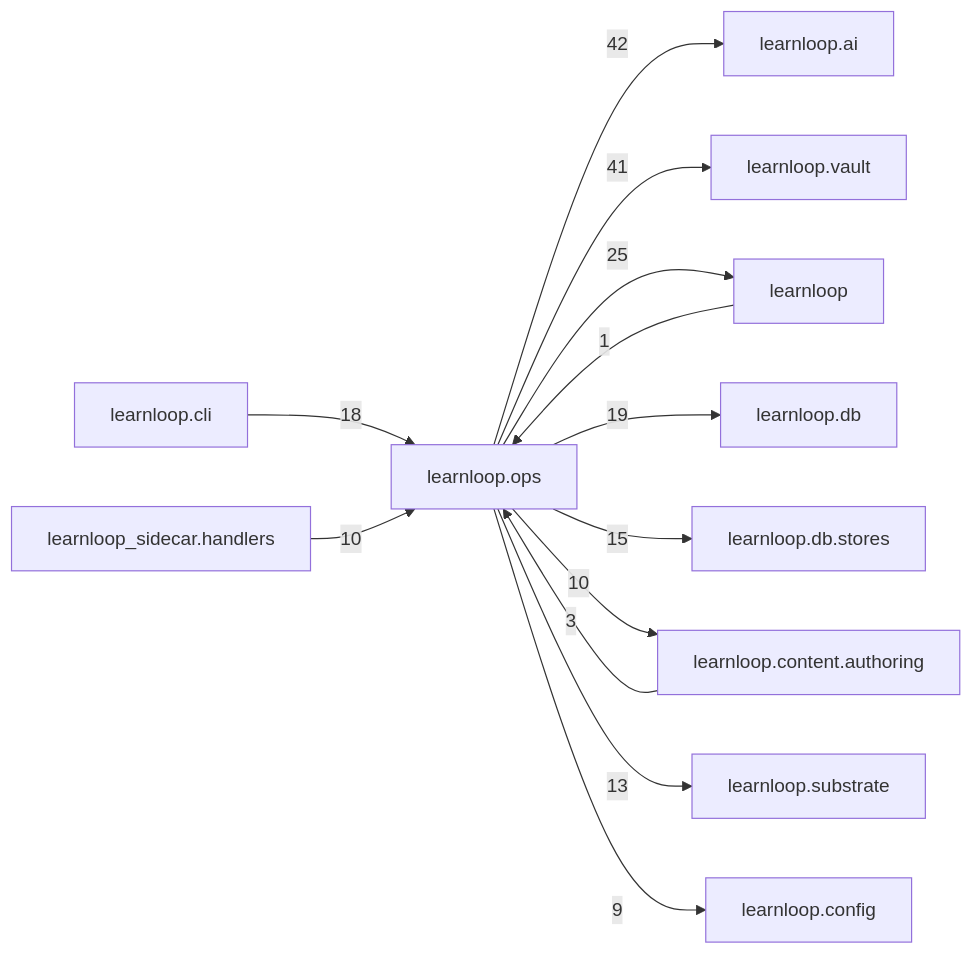
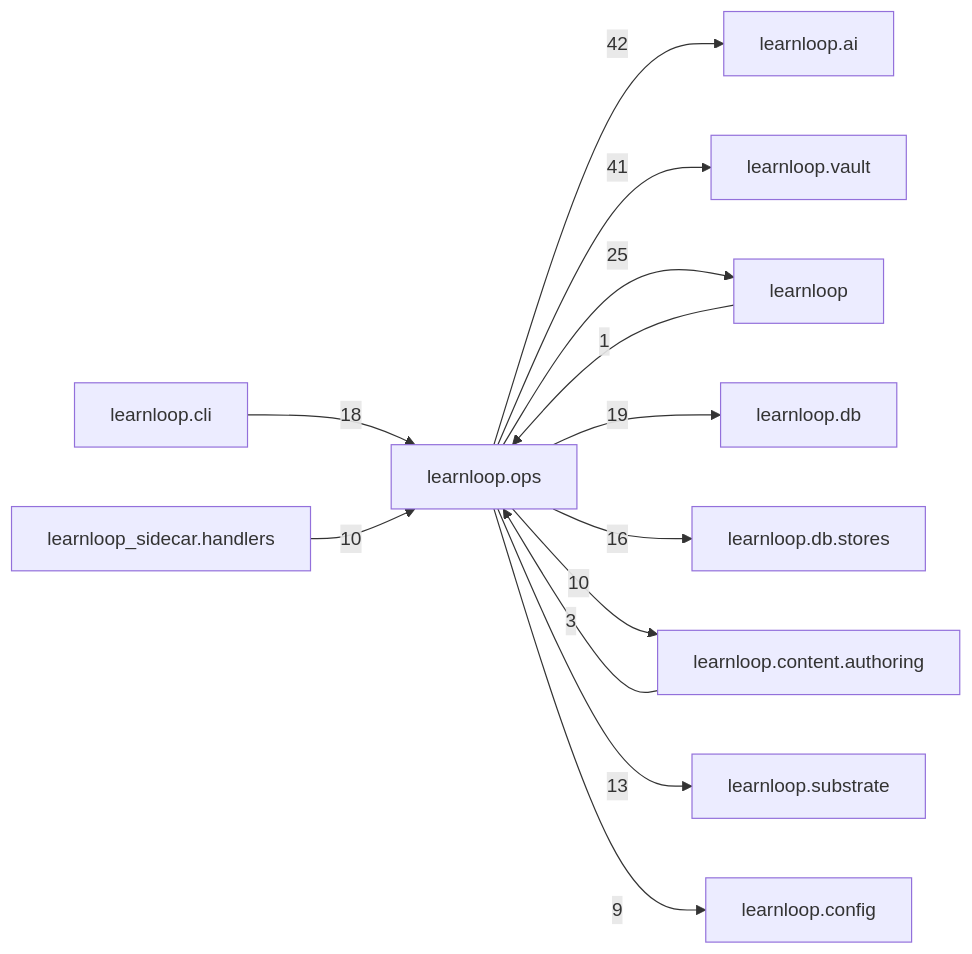
The diagram in docs/learnloop-architecture-vault/Reference/Modules/learnloop/ops/_package.md (6up-b/learnanything), drawn with Mermaid before and after one commit. The commit also changed other lines of this file and 44 other files, not shown here.

````diff
--- a/docs/learnloop-architecture-vault/Reference/Modules/learnloop/ops/_package.md
+++ b/docs/learnloop-architecture-vault/Reference/Modules/learnloop/ops/_package.md
@@ -148,26 +148,26 @@
 ```mermaid
 flowchart LR
     center["learnloop.ops"]
     n_learnloop_ai["learnloop.ai"]
     n_learnloop_vault["learnloop.vault"]
     n_learnloop["learnloop"]
     n_learnloop_db["learnloop.db"]
     n_learnloop_cli["learnloop.cli"]
     n_learnloop_db_stores["learnloop.db.stores"]
     n_learnloop_content_authoring["learnloop.content.authoring"]
     n_learnloop_substrate["learnloop.substrate"]
     n_learnloop_sidecar_handlers["learnloop_sidecar.handlers"]
     n_learnloop_config["learnloop.config"]
     center -->|42| n_learnloop_ai
     center -->|41| n_learnloop_vault
     n_learnloop -->|1| center
     center -->|25| n_learnloop
     center -->|19| n_learnloop_db
     n_learnloop_cli -->|18| center
-    center -->|15| n_learnloop_db_stores
+    center -->|16| n_learnloop_db_stores
     n_learnloop_content_authoring -->|3| center
     center -->|10| n_learnloop_content_authoring
     center -->|13| n_learnloop_substrate
     n_learnloop_sidecar_handlers -->|10| center
     center -->|9| n_learnloop_config
 ```
````
